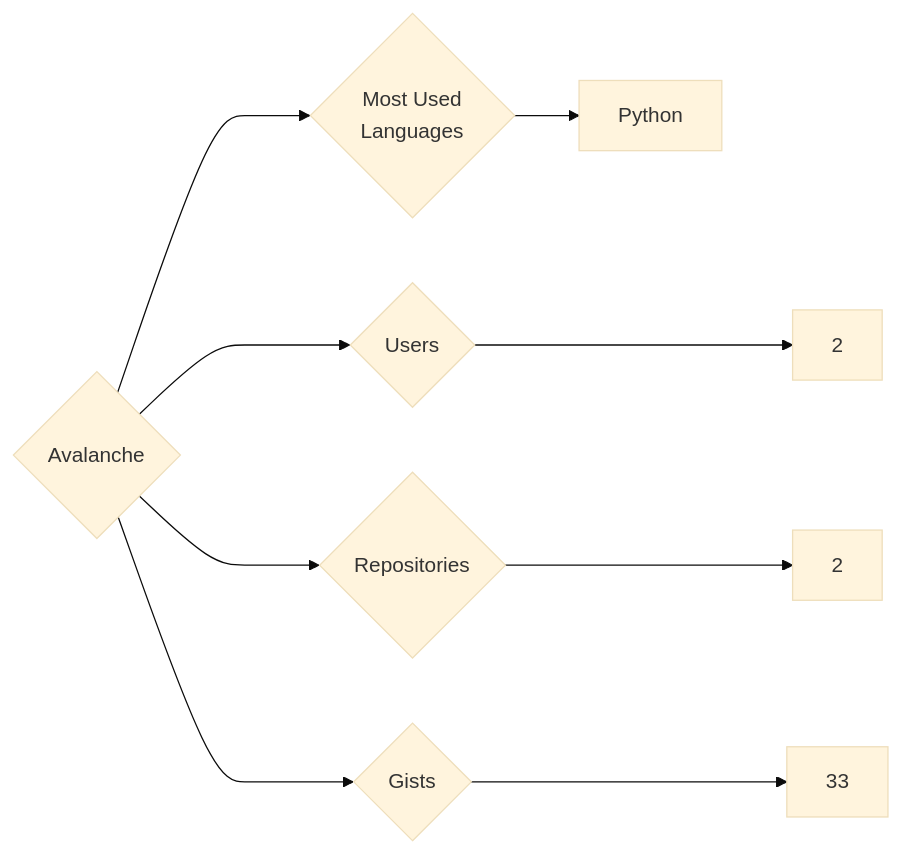
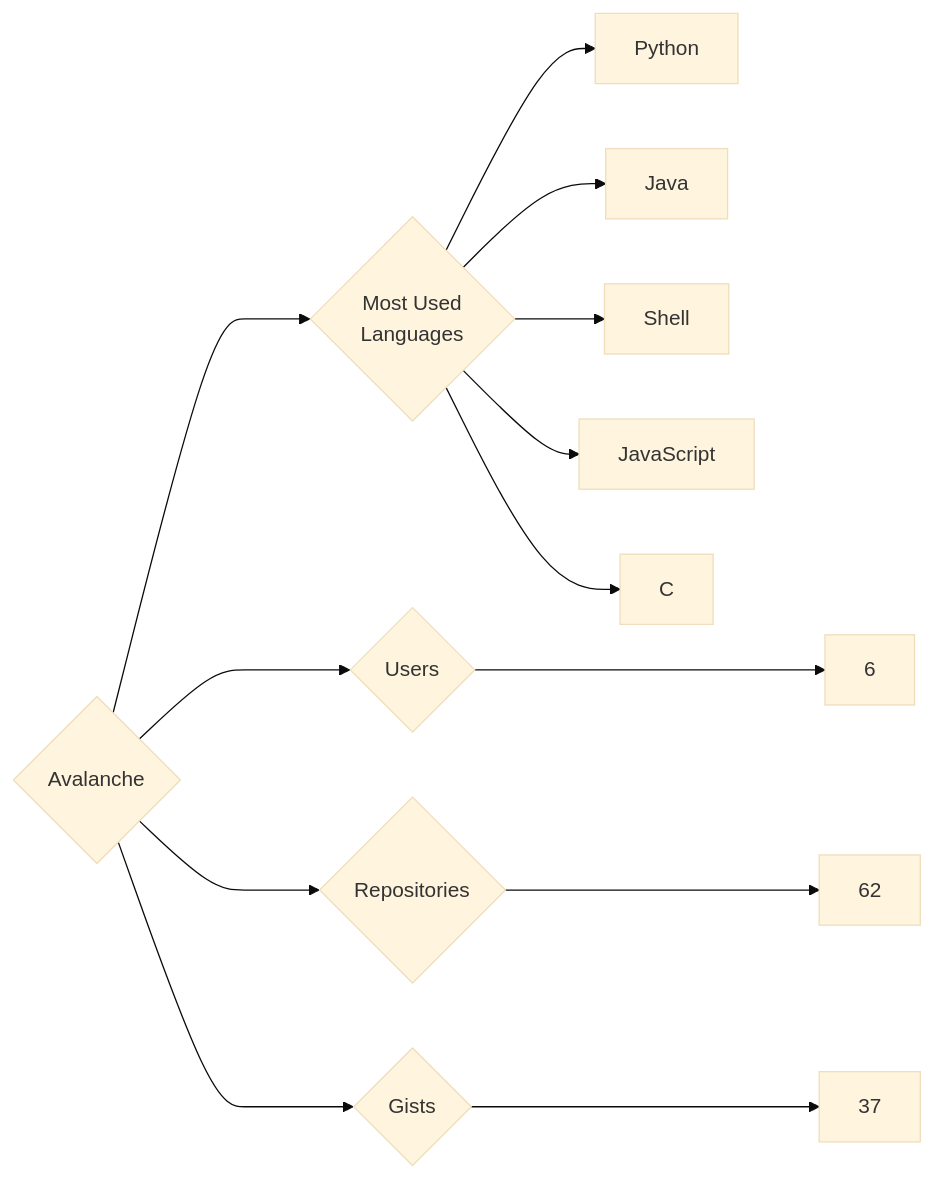
One commit to trickest/insiders changed the diagram in targets/Avalanche/README.md. Above: the diagram before and after it, drawn with Mermaid (base theme). The commit also changed 1149 other files, not shown here.

````diff
--- a/targets/Avalanche/README.md
+++ b/targets/Avalanche/README.md
@@ -3,9 +3,13 @@
 ```mermaid
 graph LR
 COMPANY_NAME{Avalanche}
-COMPANY_NAME ---> U{Users} ---> UN[2]
-COMPANY_NAME ---> R{Repositories} ---> RN[2]
-COMPANY_NAME ---> G{Gists} ---> GN[33]
+COMPANY_NAME ---> U{Users} ---> UN[6]
+COMPANY_NAME ---> R{Repositories} ---> RN[62]
+COMPANY_NAME ---> G{Gists} ---> GN[37]
 COMPANY_NAME ---> ML{Most Used<br>Languages}
 ML --> Python[Python]
+ML --> Java[Java]
+ML --> Shell[Shell]
+ML --> JavaScript[JavaScript]
+ML --> C[C]
 ```
````
